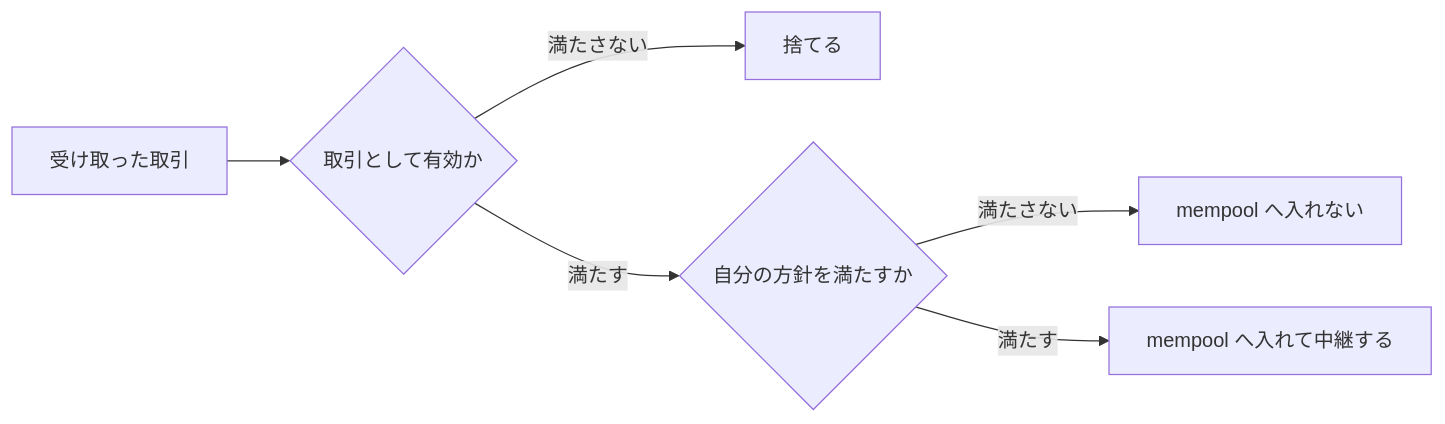
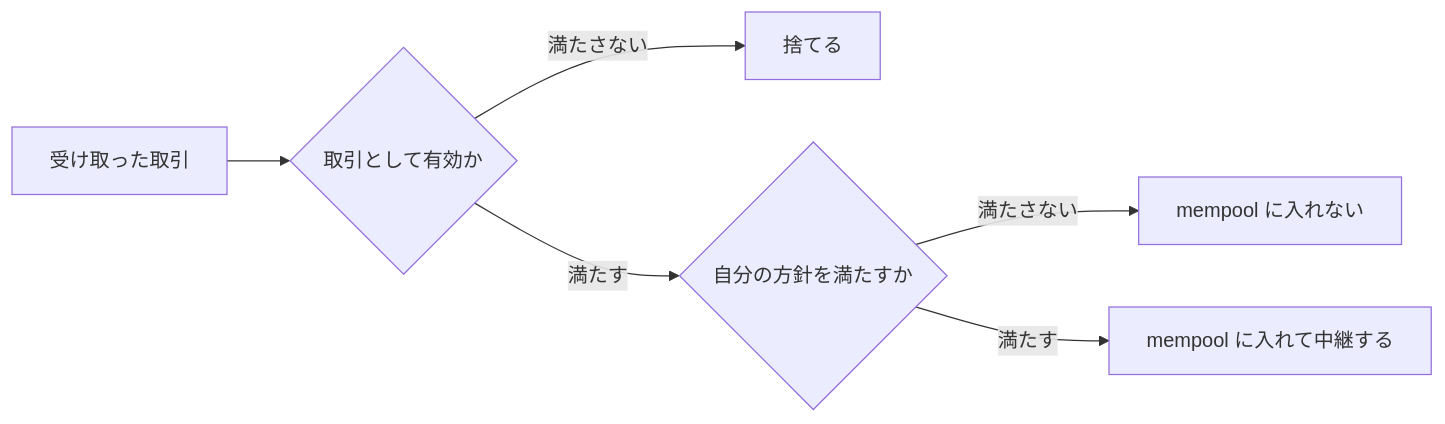
The second of 4 diagrams in content/notes/blockchain-systems/mempool/index.md (nao1215/debimate), drawn with Mermaid before and after one commit. The commit also changed other lines of this file and 46 other files, not shown here.

````diff
--- a/content/notes/blockchain-systems/mempool/index.md
+++ b/content/notes/blockchain-systems/mempool/index.md
@@ -44,8 +44,8 @@
 ```mermaid
 flowchart LR
     T["受け取った取引"] --> V{"取引として有効か"}
     V -->|"満たさない"| D1["捨てる"]
     V -->|"満たす"| P{"自分の方針を満たすか"}
-    P -->|"満たさない"| D2["mempool へ入れない"]
-    P -->|"満たす"| M["mempool へ入れて中継する"]
+    P -->|"満たさない"| D2["mempool に入れない"]
+    P -->|"満たす"| M["mempool に入れて中継する"]
 ```
````
